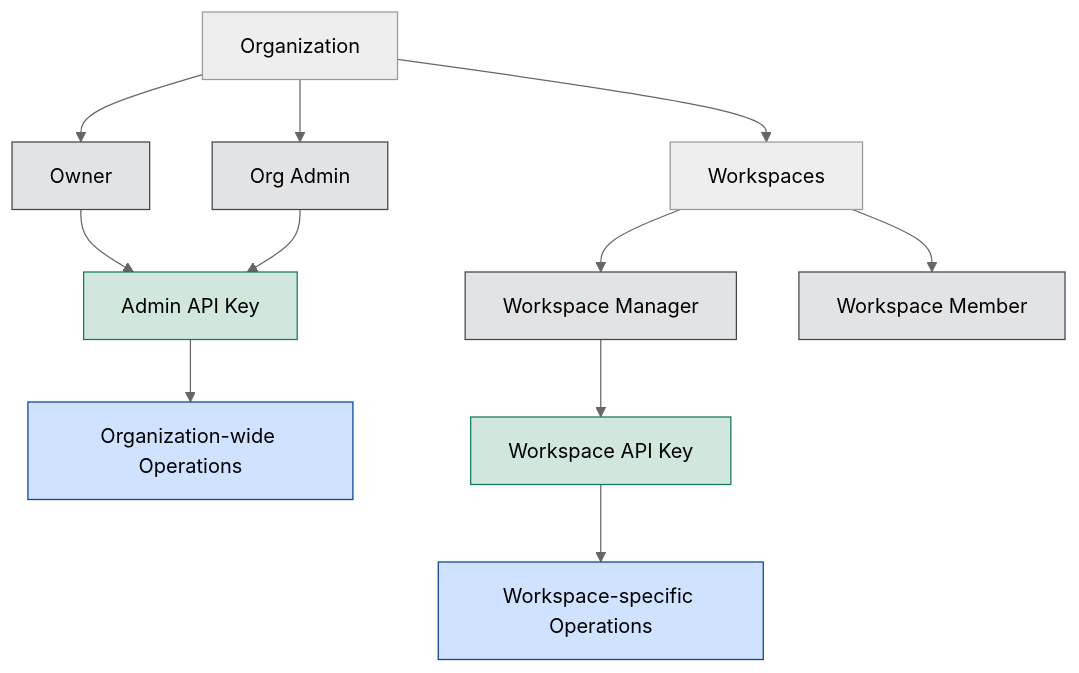
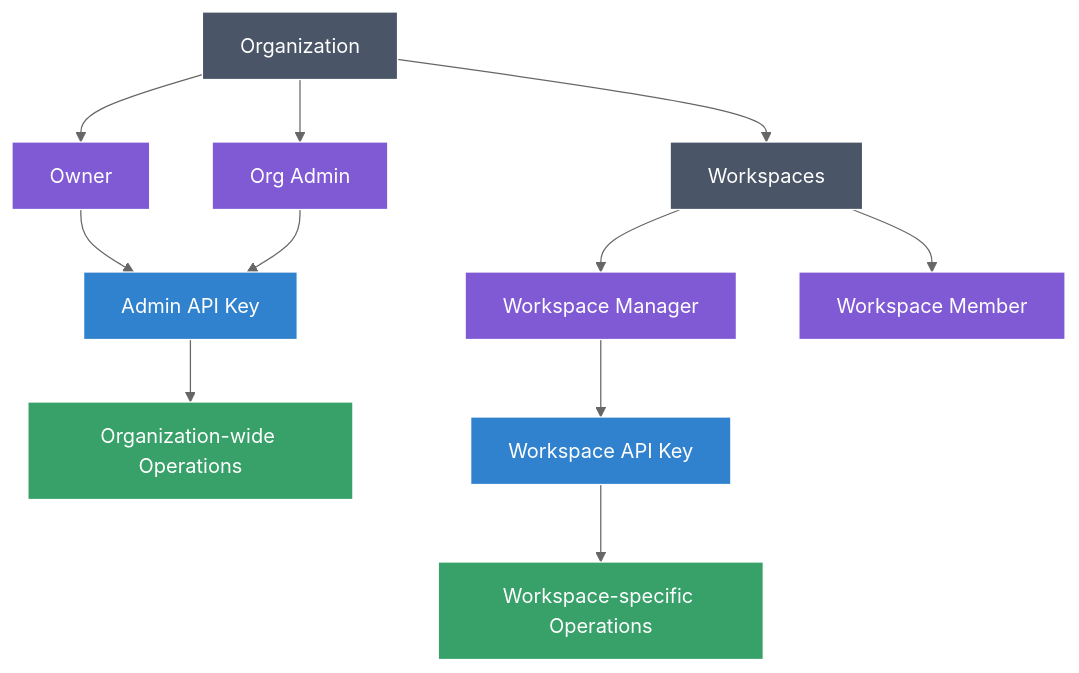
The diagram in api-reference/admin-api/introduction.mdx (Portkey-AI/docs-core), drawn with Mermaid (neutral theme) before and after one commit.

Commit message:
update mermaid color scheme

````diff
--- a/api-reference/admin-api/introduction.mdx
+++ b/api-reference/admin-api/introduction.mdx
@@ -86,21 +86,23 @@
 ```mermaid
 graph TD
     A[Organization] --> B[Owner]
     A --> C[Org Admin]
     A --> D[Workspaces]
     B --> E[Admin API Key]
     C --> E
     D --> F[Workspace Manager]
     D --> G[Workspace Member]
     F --> H[Workspace API Key]
     E --> I[Organization-wide Operations]
     H --> J[Workspace-specific Operations]
     
-    classDef green fill:#d1e7dd,stroke:#13795b
-    classDef blue fill:#cfe2ff,stroke:#084298
-    classDef roles fill:#e2e3e5,stroke:#41464b
+    classDef entity fill:#4a5568,stroke:#ffffff,color:#ffffff
+    classDef roles fill:#805ad5,stroke:#ffffff,color:#ffffff
+    classDef keys fill:#3182ce,stroke:#ffffff,color:#ffffff
+    classDef operations fill:#38a169,stroke:#ffffff,color:#ffffff
     
+    class A,D entity
     class B,C,F,G roles
-    class E,H green
-    class I,J blue
+    class E,H keys
+    class I,J operations
 ```
````
